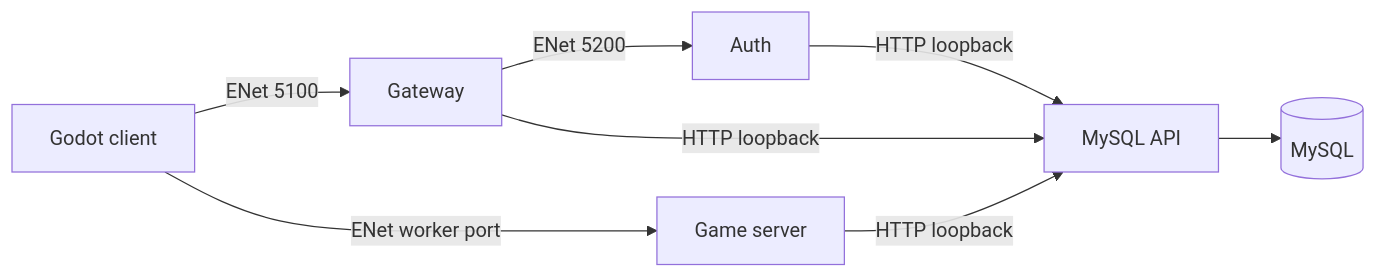
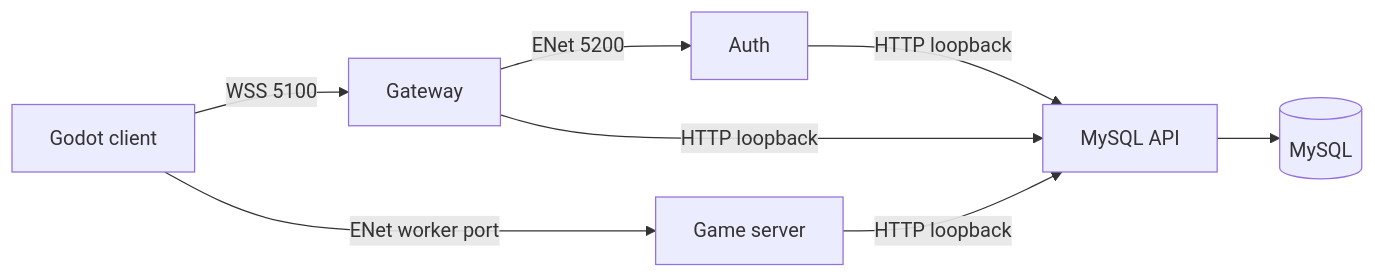
One commit to DatamoonWorld/datamoon-online-agent changed the first of 4 diagrams in ai/SERVER_ARCHITECTURE.md. Above: the diagram before and after it, drawn with Mermaid. The commit also changed other lines of this file and 8 other files, not shown here.

````diff
--- a/ai/SERVER_ARCHITECTURE.md
+++ b/ai/SERVER_ARCHITECTURE.md
@@ -206,10 +206,10 @@
 ```mermaid
 flowchart LR
-    C[Godot client] -->|ENet 5100| G[Gateway]
+    C[Godot client] -->|WSS 5100| G[Gateway]
     G -->|ENet 5200| A[Auth]
     A -->|HTTP loopback| API[MySQL API]
     G -->|HTTP loopback| API
     C -->|ENet worker port| S[Game server]
     S -->|HTTP loopback| API
     API --> DB[(MySQL)]
 ```
````
